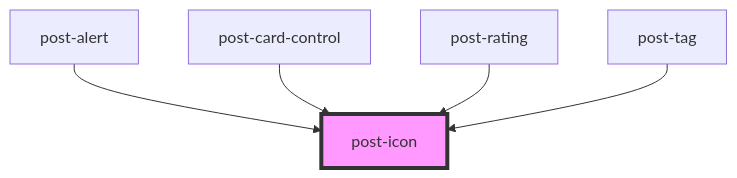
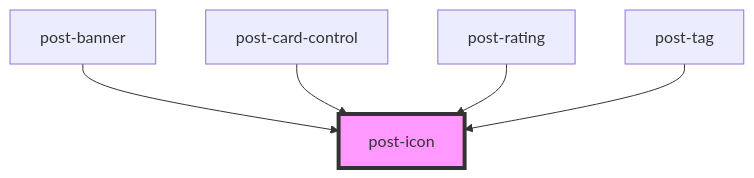
Before and after one commit to swisspost/design-system: the diagram in packages/components/src/components/post-icon/readme.md, drawn with Mermaid. The commit also changed other lines of this file and 27 other files, not shown here.

Commit message:
Change <post-alert> to <post-banner>

````diff
--- a/packages/components/src/components/post-icon/readme.md
+++ b/packages/components/src/components/post-icon/readme.md
@@ -31,8 +31,8 @@
 ```mermaid
 graph TD;
-  post-alert --> post-icon
+  post-banner --> post-icon
   post-card-control --> post-icon
   post-rating --> post-icon
   post-tag --> post-icon
   style post-icon fill:#f9f,stroke:#333,stroke-width:4px
 ```
````
